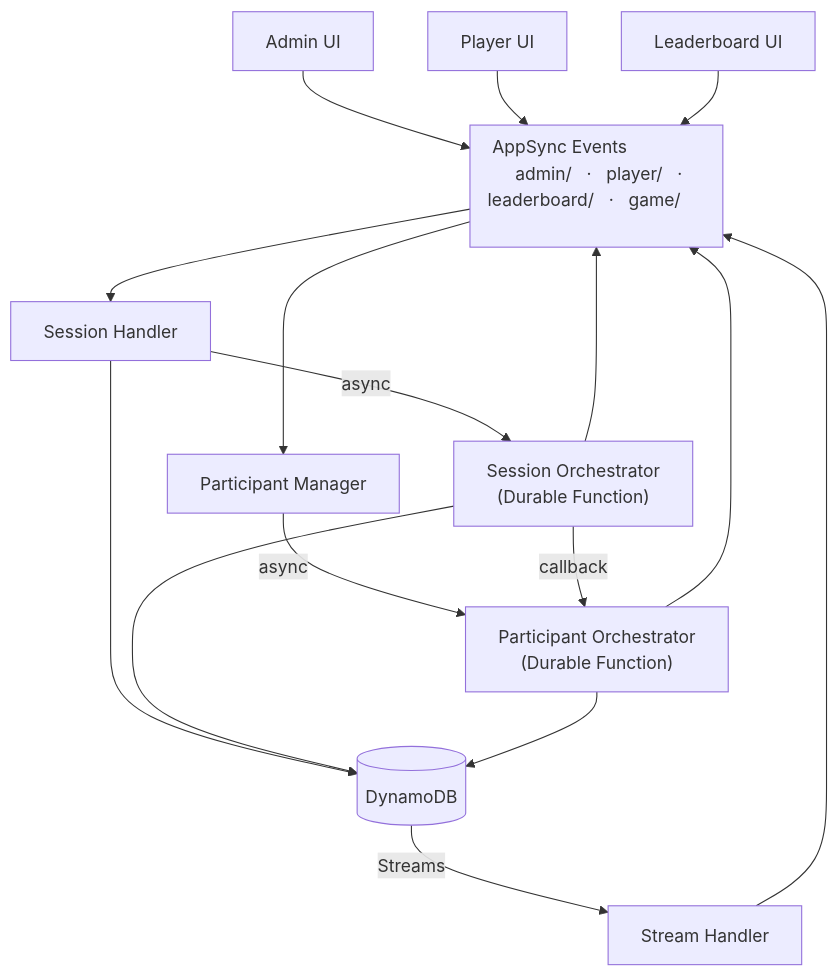
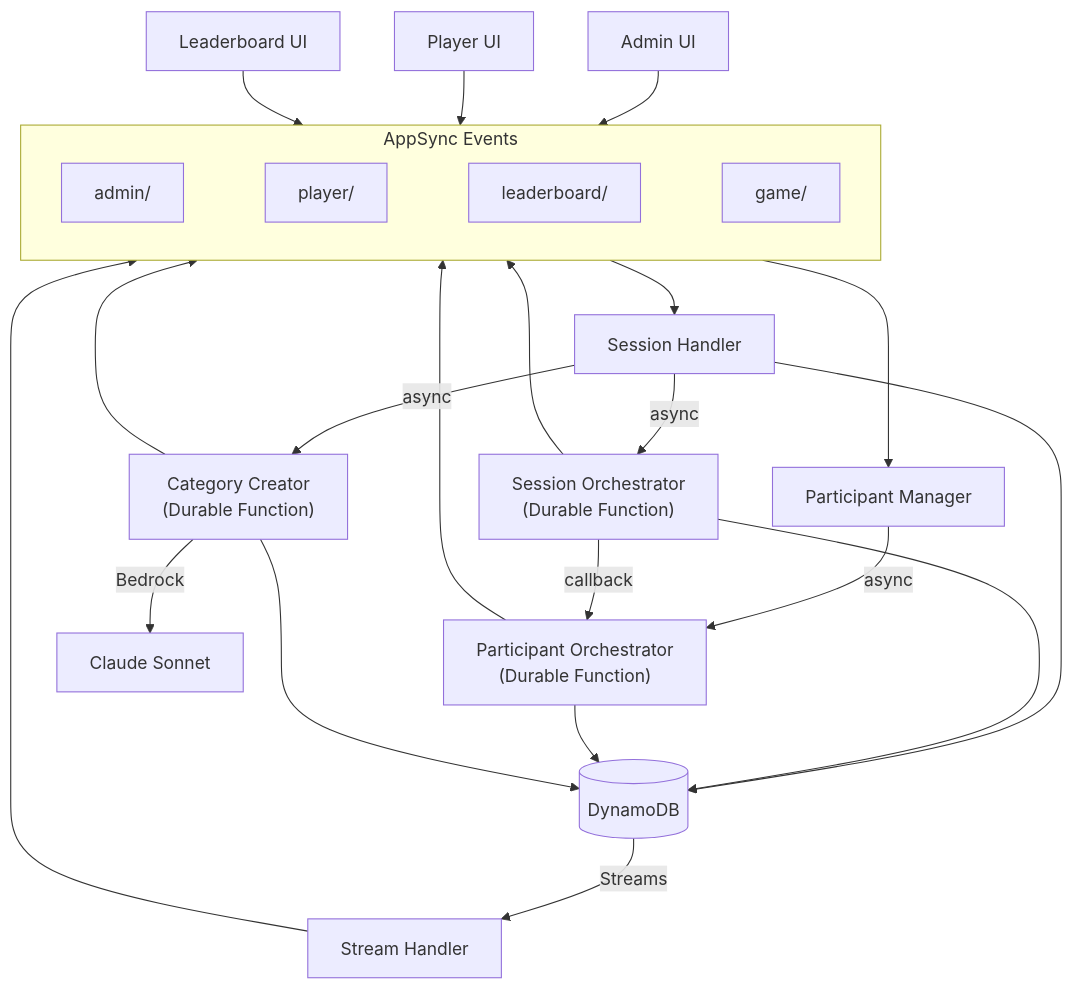
Before and after one commit to singledigit/distributed-trivia: the diagram in README.md, drawn with Mermaid. The commit also changed other lines of this file and 41 other files, not shown here.

````diff
--- a/README.md
+++ b/README.md
@@ -9,25 +9,31 @@
 ```mermaid
 graph TD
     Admin["Admin UI"] --> AppSync
     Player["Player UI"] --> AppSync
     Leaderboard["Leaderboard UI"] --> AppSync
 
-    subgraph AppSync["AppSync Events &nbsp; &nbsp; &nbsp; &nbsp; &nbsp; &nbsp; &nbsp; &nbsp; &nbsp; admin/ &nbsp; · &nbsp; player/ &nbsp; · &nbsp; leaderboard/ &nbsp; · &nbsp; game/ &nbsp; &nbsp; &nbsp; &nbsp; &nbsp; &nbsp; &nbsp; &nbsp; &nbsp;"]
+    subgraph AppSync["AppSync Events"]
+        direction LR
+        ch1["admin/"] ~~~ ch2["player/"] ~~~ ch3["leaderboard/"] ~~~ ch4["game/"]
     end
 
     AppSync --> SH["Session Handler"]
     AppSync --> PM["Participant Manager"]
 
     SH -->|async| ODF["Session Orchestrator<br/>(Durable Function)"]
+    SH -->|async| CC["Category Creator<br/>(Durable Function)"]
     PM -->|async| POD["Participant Orchestrator<br/>(Durable Function)"]
     ODF -->|callback| POD
+    CC -->|Bedrock| AI["Claude Sonnet"]
 
     SH --> DDB[("DynamoDB")]
     ODF --> DDB
     POD --> DDB
+    CC --> DDB
 
     DDB -->|Streams| STR["Stream Handler"]
     STR --> AppSync
     ODF --> AppSync
     POD --> AppSync
+    CC --> AppSync
 ```
````
